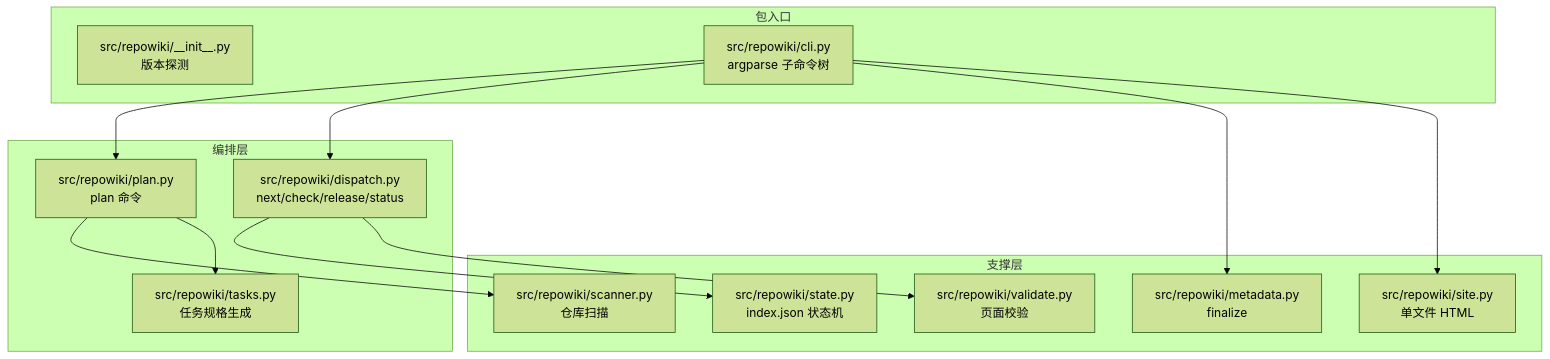
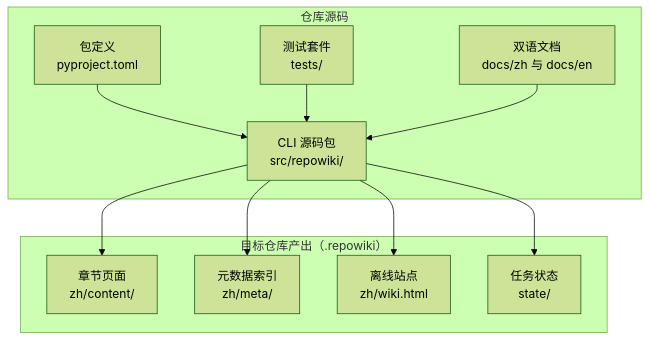
Before and after one commit to luomsis/repowiki: the first of 3 diagrams in .repowiki/zh/content/项目概述/项目概述.md, drawn with Mermaid (forest theme). The commit also changed other lines of this file and 62 other files, not shown here.

````diff
--- a/.repowiki/zh/content/项目概述/项目概述.md
+++ b/.repowiki/zh/content/项目概述/项目概述.md
@@ -67,28 +33,22 @@
 ```mermaid
 graph TB
-subgraph "包入口"
-INIT["src/repowiki/__init__.py<br/>版本探测"]
-CLI["src/repowiki/cli.py<br/>argparse 子命令树"]
+subgraph "仓库源码"
+SRC["CLI 源码包<br/>src/repowiki/"]
+TESTS["测试套件<br/>tests/"]
+DOCS["双语文档<br/>docs/zh 与 docs/en"]
+PYPROJ["包定义<br/>pyproject.toml"]
 end
-subgraph "编排层"
-PLAN["src/repowiki/plan.py<br/>plan 命令"]
-DISPATCH["src/repowiki/dispatch.py<br/>next/check/release/status"]
-TASKS["src/repowiki/tasks.py<br/>任务规格生成"]
+subgraph "目标仓库产出（.repowiki）"
+CONTENT["章节页面<br/>zh/content/"]
+META["元数据索引<br/>zh/meta/"]
+SITE["离线站点<br/>zh/wiki.html"]
+STATE["任务状态<br/>state/"]
 end
-subgraph "支撑层"
-STATE["src/repowiki/state.py<br/>index.json 状态机"]
-VALIDATE["src/repowiki/validate.py<br/>页面校验"]
-METADATA["src/repowiki/metadata.py<br/>finalize"]
-SITE["src/repowiki/site.py<br/>单文件 HTML"]
-SCANNER["src/repowiki/scanner.py<br/>仓库扫描"]
-end
-CLI --> PLAN
-CLI --> DISPATCH
-CLI --> METADATA
-CLI --> SITE
-PLAN --> SCANNER
-PLAN --> TASKS
-DISPATCH --> STATE
-DISPATCH --> VALIDATE
-
+PYPROJ --> SRC
+TESTS --> SRC
+DOCS --> SRC
+SRC --> CONTENT
+SRC --> META
+SRC --> SITE
+SRC --> STATE
 ```
````
